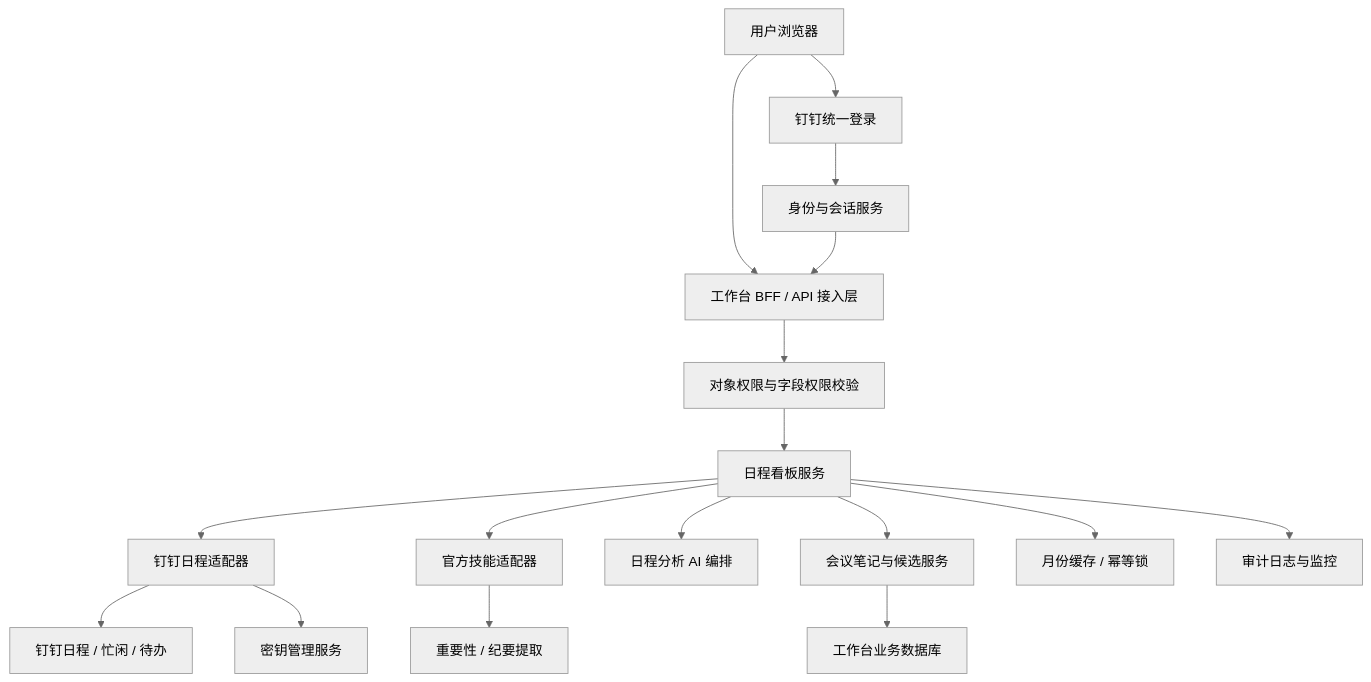
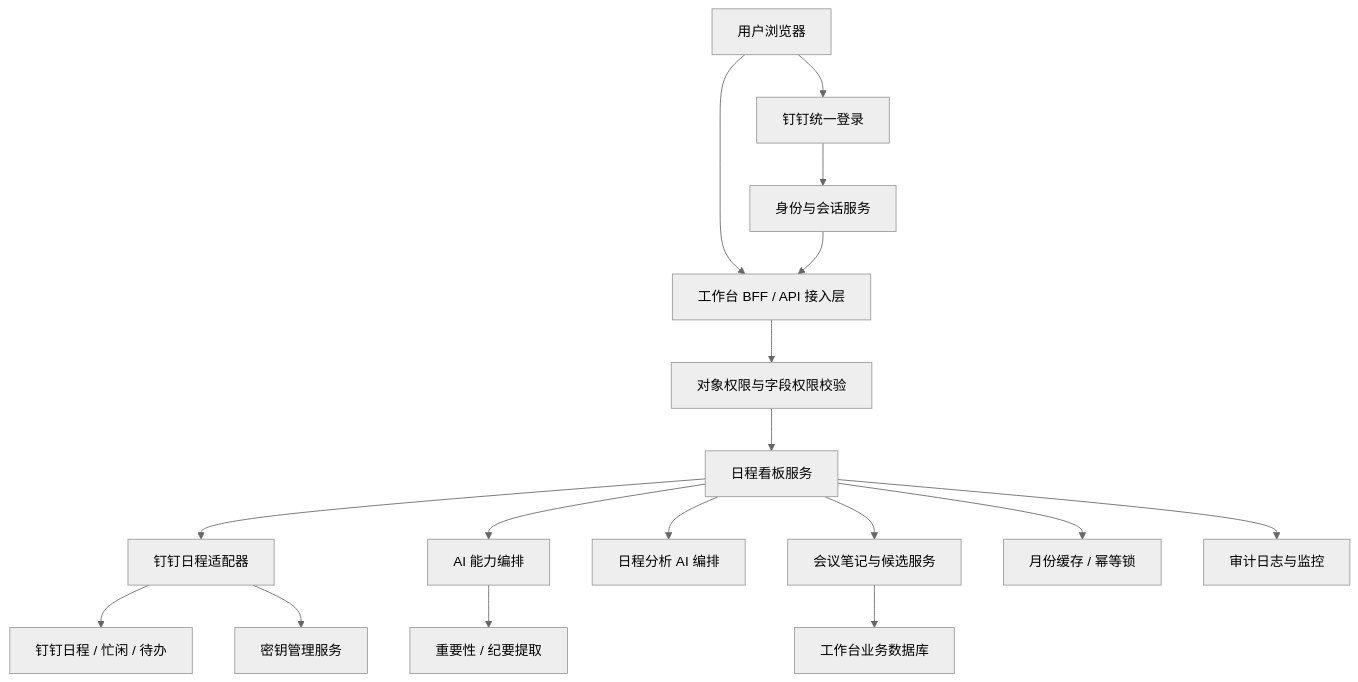
One commit to fri555/PORTL changed the first of 7 diagrams in docs/需求文档/20260726-【PRD】AI工作台-日程看板（MVP）-天马智擎项目.md. Above: the diagram before and after it, drawn with Mermaid (neutral theme). The commit also changed other lines of this file, not shown here.

````diff
--- a/docs/需求文档/20260726-【PRD】AI工作台-日程看板（MVP）-天马智擎项目.md
+++ b/docs/需求文档/20260726-【PRD】AI工作台-日程看板（MVP）-天马智擎项目.md
@@ -156,19 +156,19 @@
 ```mermaid
 flowchart TD
     A["用户浏览器"] --> B["钉钉统一登录"]
     B --> C["身份与会话服务"]
     A --> D["工作台 BFF / API 接入层"]
     C --> D
     D --> E["对象权限与字段权限校验"]
     E --> F["日程看板服务"]
     F --> G["钉钉日程适配器"]
     G --> H["钉钉日程 / 忙闲 / 待办"]
-    F --> I["官方技能适配器"]
+    F --> I["AI 能力编排"]
     I --> J["重要性 / 纪要提取"]
     F --> K["日程分析 AI 编排"]
     F --> L["会议笔记与候选服务"]
     L --> M["工作台业务数据库"]
     F --> N["月份缓存 / 幂等锁"]
     F --> O["审计日志与监控"]
     G --> R["密钥管理服务"]
 ```
````
